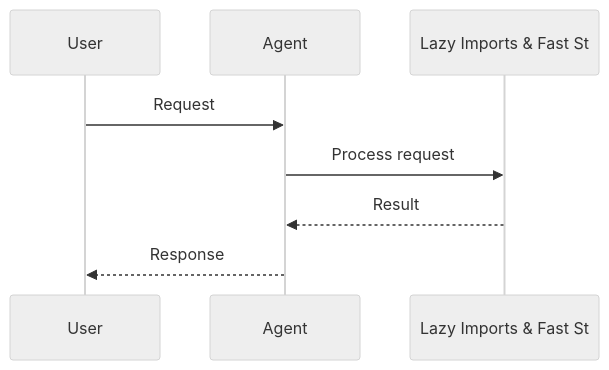
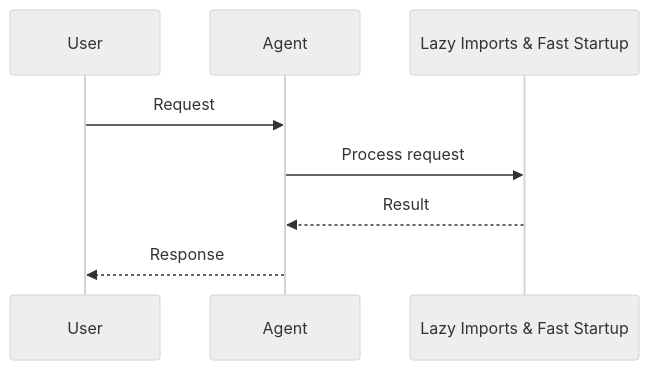
One commit to MervinPraison/PraisonAIDocs changed the third of 3 diagrams in docs/features/lazy-imports.mdx. Above: the diagram before and after it, drawn with Mermaid (neutral theme). The commit also changed 45 other files, not shown here.

First line of the commit message:
docs: fix truncated Mermaid diagram feature names (22-char cutoff)

````diff
--- a/docs/features/lazy-imports.mdx
+++ b/docs/features/lazy-imports.mdx
@@ -82,11 +82,11 @@
 ```mermaid
 sequenceDiagram
     participant User
     participant Agent
-    participant Feature as Lazy Imports & Fast St
+    participant Feature as Lazy Imports & Fast Startup
 
     User->>Agent: Request
     Agent->>Feature: Process request
     Feature-->>Agent: Result
     Agent-->>User: Response
 ```
````
